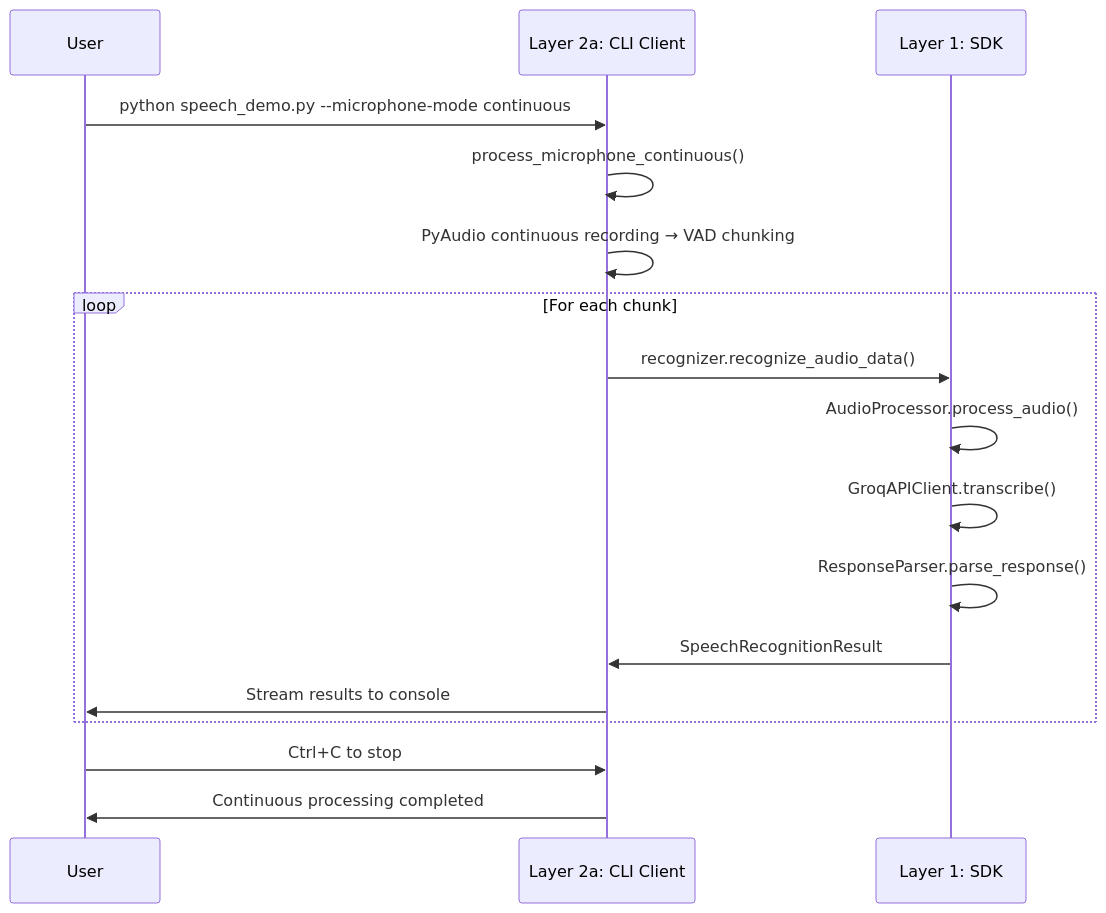
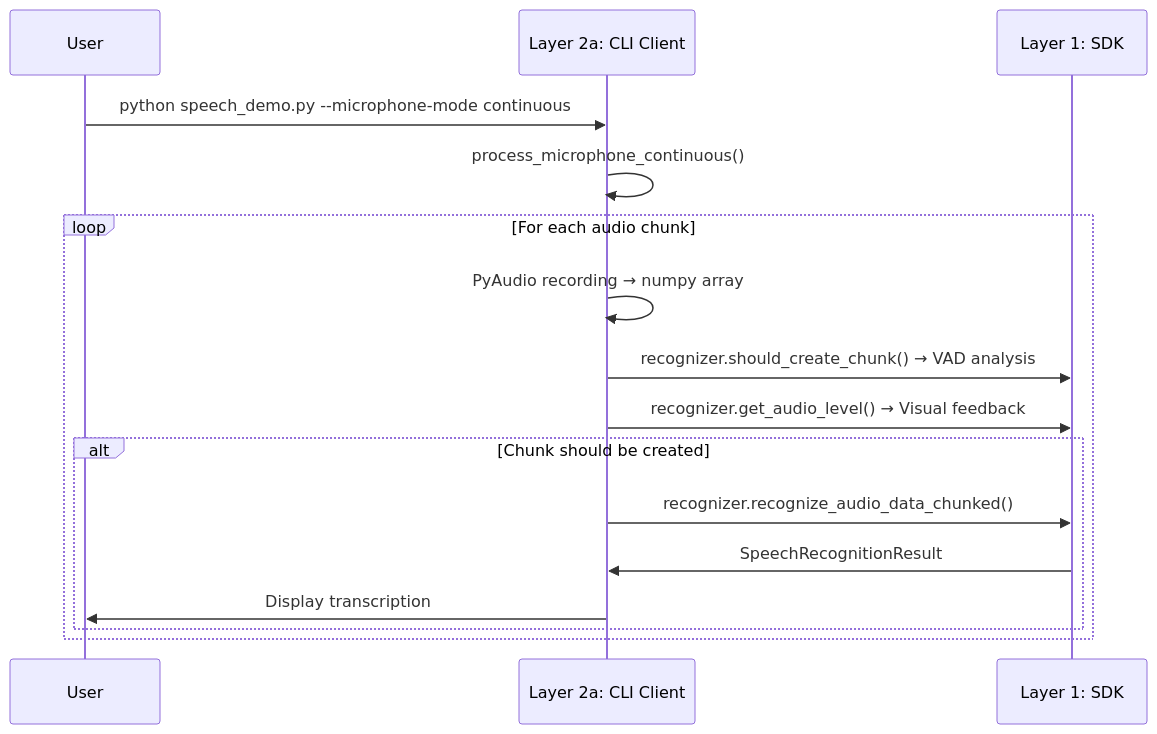
Before and after one commit to sreenivasmrpivot/groq-speech: the seventh of 8 diagrams in docs/ARCHITECTURE.md, drawn with Mermaid. The commit also changed other lines of this file and 13 other files, not shown here.

````diff
--- a/docs/ARCHITECTURE.md
+++ b/docs/ARCHITECTURE.md
@@ -406,20 +215,19 @@
 ```mermaid
 sequenceDiagram
     participant User
     participant CLI as Layer 2a: CLI Client
     participant SDK as Layer 1: SDK
     
     User->>CLI: python speech_demo.py --microphone-mode continuous
     CLI->>CLI: process_microphone_continuous()
-    CLI->>CLI: PyAudio continuous recording → VAD chunking
-    loop For each chunk
-        CLI->>SDK: recognizer.recognize_audio_data()
-        SDK->>SDK: AudioProcessor.process_audio()
-        SDK->>SDK: GroqAPIClient.transcribe()
-        SDK->>SDK: ResponseParser.parse_response()
-        SDK->>CLI: SpeechRecognitionResult
-        CLI->>User: Stream results to console
+    loop For each audio chunk
+        CLI->>CLI: PyAudio recording → numpy array
+        CLI->>SDK: recognizer.should_create_chunk() → VAD analysis
+        CLI->>SDK: recognizer.get_audio_level() → Visual feedback
+        alt Chunk should be created
+            CLI->>SDK: recognizer.recognize_audio_data_chunked()
+            SDK->>CLI: SpeechRecognitionResult
+            CLI->>User: Display transcription
+        end
     end
-    User->>CLI: Ctrl+C to stop
-    CLI->>User: Continuous processing completed
 ```
````
